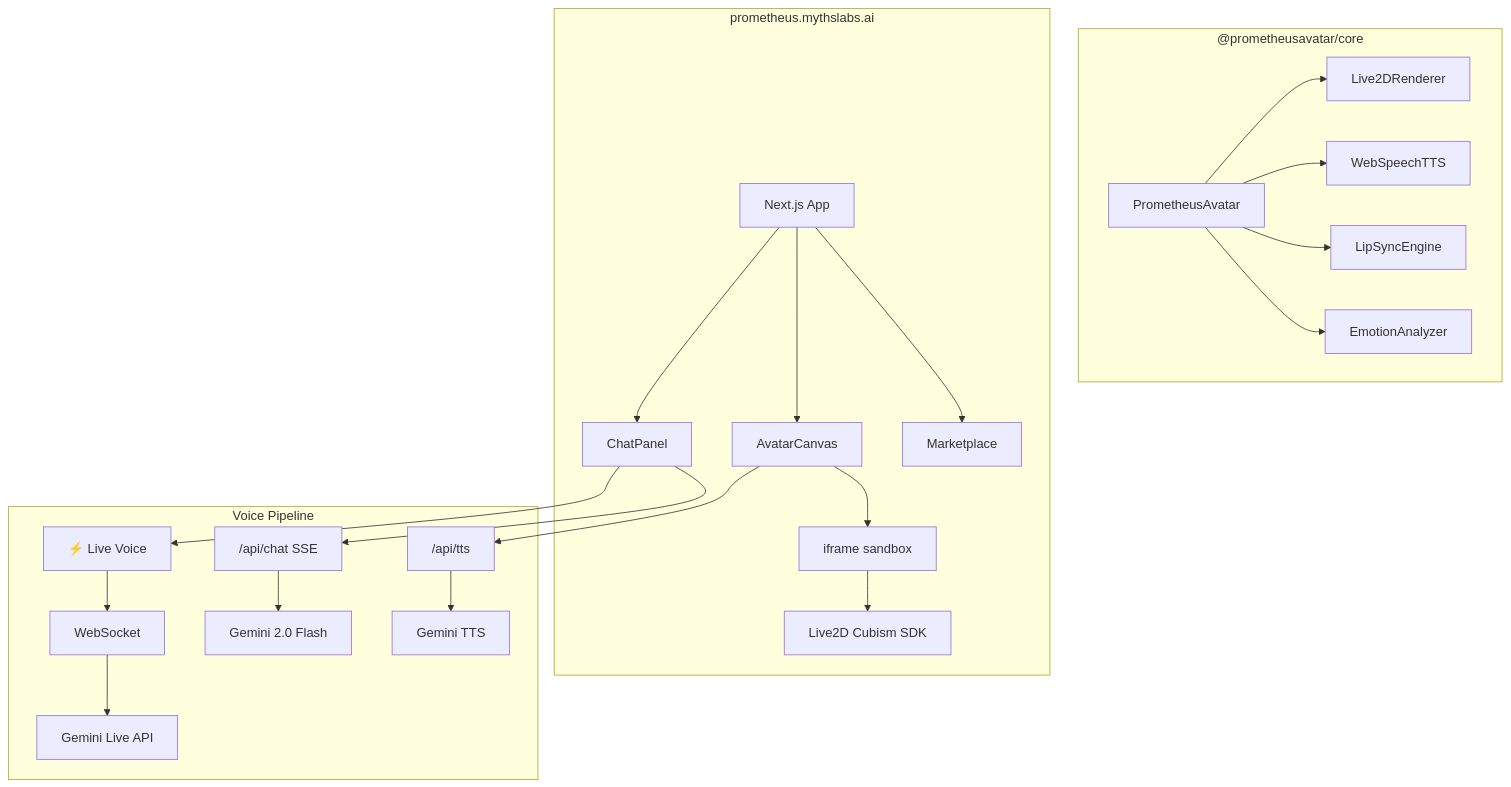
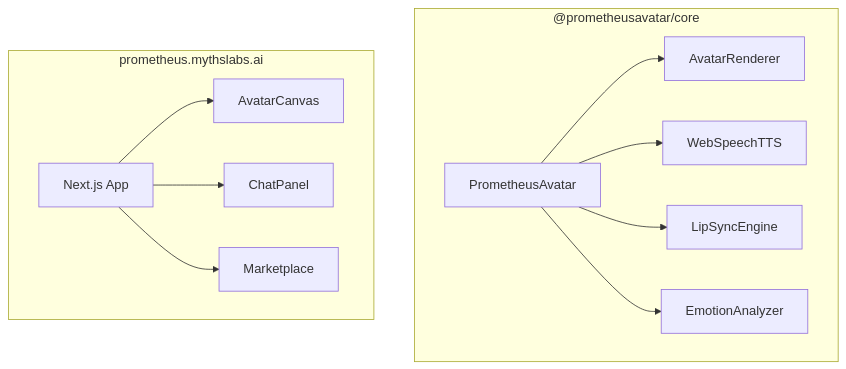
Before and after one commit to myths-labs/prometheus-avatar: the diagram in README.md, drawn with Mermaid. The commit also changed other lines of this file and 80 other files, not shown here.

````diff
--- a/README.md
+++ b/README.md
@@ -139,28 +137,15 @@
 ```mermaid
 graph TB
     subgraph SDK["@prometheusavatar/core"]
-        PA[PrometheusAvatar] --> R[Live2DRenderer]
+        PA[PrometheusAvatar] --> R[AvatarRenderer]
         PA --> TTS[WebSpeechTTS]
         PA --> LS[LipSyncEngine]
         PA --> EA[EmotionAnalyzer]
     end
 
     subgraph Platform["prometheus.mythslabs.ai"]
         NX[Next.js App] --> AC[AvatarCanvas]
         NX --> CP[ChatPanel]
         NX --> MP[Marketplace]
-        AC --> IF["iframe sandbox"]
-        IF --> L2D[Live2D Cubism SDK]
     end
-
-    subgraph Voice["Voice Pipeline"]
-        LIVE["⚡ Live Voice"] --> WS["WebSocket"]
-        WS --> GLIVE["Gemini Live API"]
-        CHAT["/api/chat SSE"] --> GEM["Gemini 2.0 Flash"]
-        TTSR["/api/tts"] --> GTTS["Gemini TTS"]
-    end
-
-    CP --> LIVE
-    CP --> CHAT
-    AC --> TTSR
 ```
````
